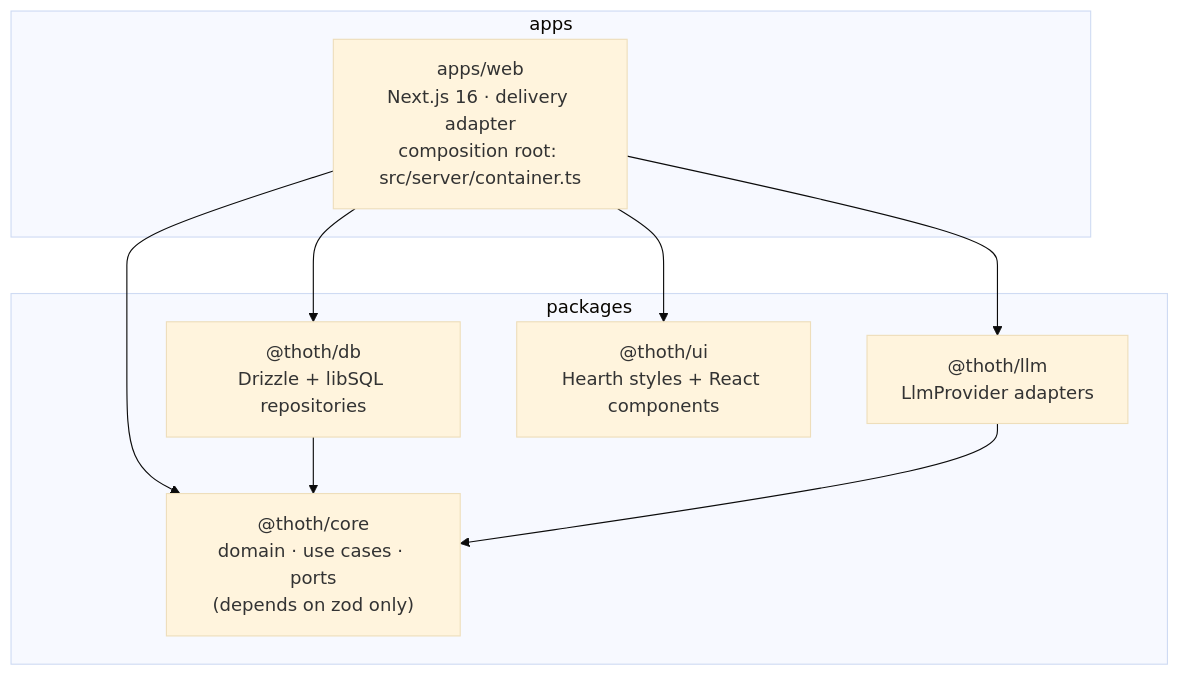
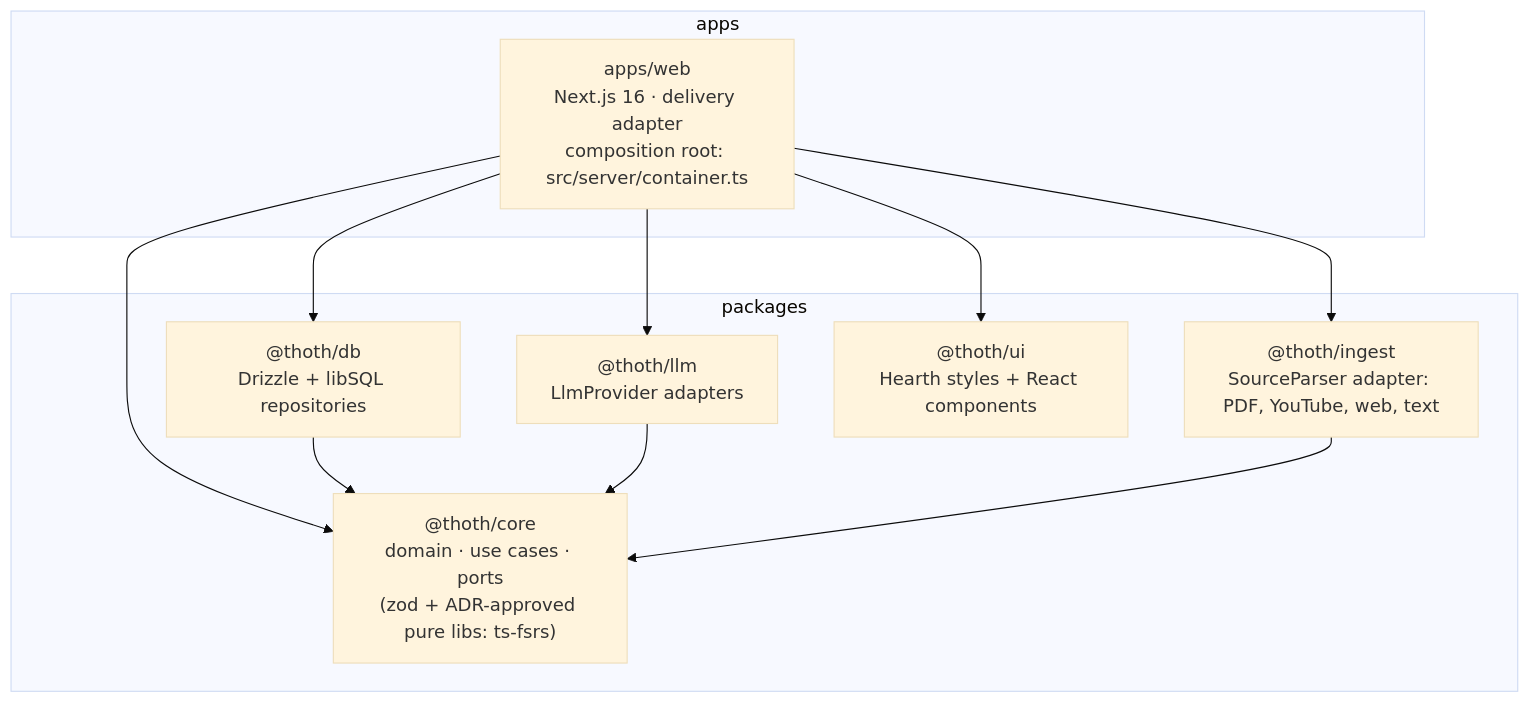
One commit to huannguyen2114/thoth changed the second of 3 diagrams in docs/technical_design/01-architecture.md. Above: the diagram before and after it, drawn with Mermaid (base theme). The commit also changed other lines of this file and 22 other files, not shown here.

````diff
--- a/docs/technical_design/01-architecture.md
+++ b/docs/technical_design/01-architecture.md
@@ -24,18 +24,21 @@
 ```mermaid
 flowchart TD
   subgraph apps
     web["apps/web<br/>Next.js 16 · delivery adapter<br/>composition root: src/server/container.ts"]
   end
   subgraph packages
-    core["@thoth/core<br/>domain · use cases · ports<br/>(depends on zod only)"]
+    core["@thoth/core<br/>domain · use cases · ports<br/>(zod + ADR-approved pure libs: ts-fsrs)"]
     db["@thoth/db<br/>Drizzle + libSQL repositories"]
     llm["@thoth/llm<br/>LlmProvider adapters"]
+    ingest["@thoth/ingest<br/>SourceParser adapter: PDF, YouTube, web, text"]
     ui["@thoth/ui<br/>Hearth styles + React components"]
   end
   web --> core
   web --> db
   web --> llm
+  web --> ingest
   web --> ui
   db --> core
   llm --> core
+  ingest --> core
 ```
````
